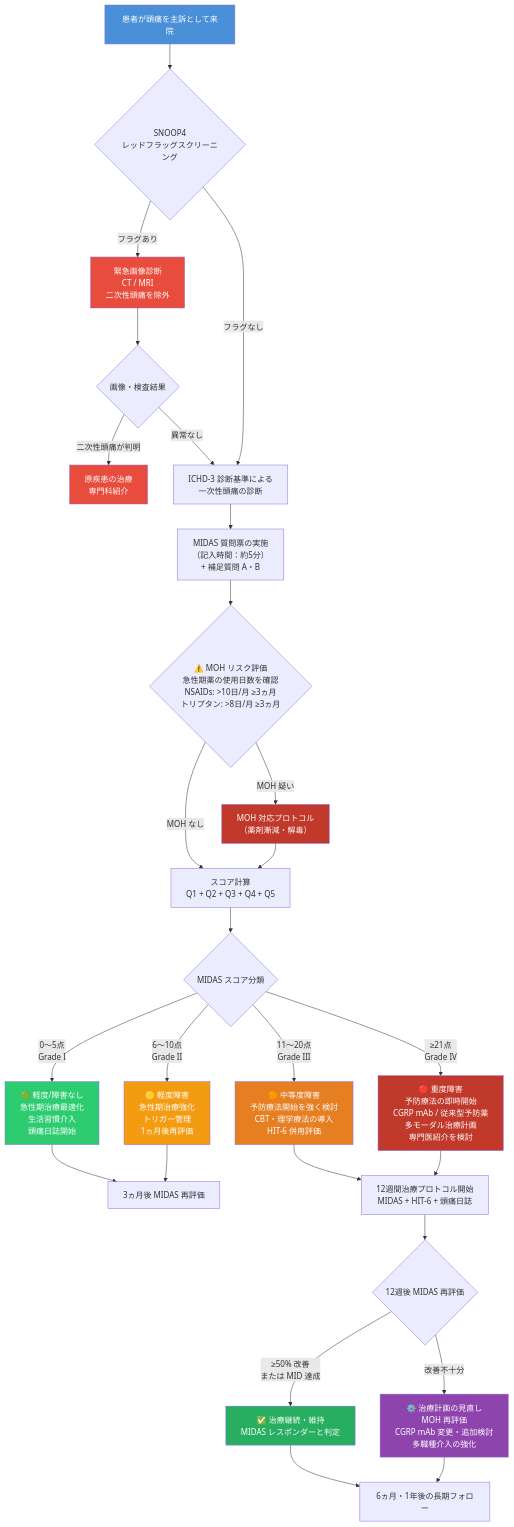
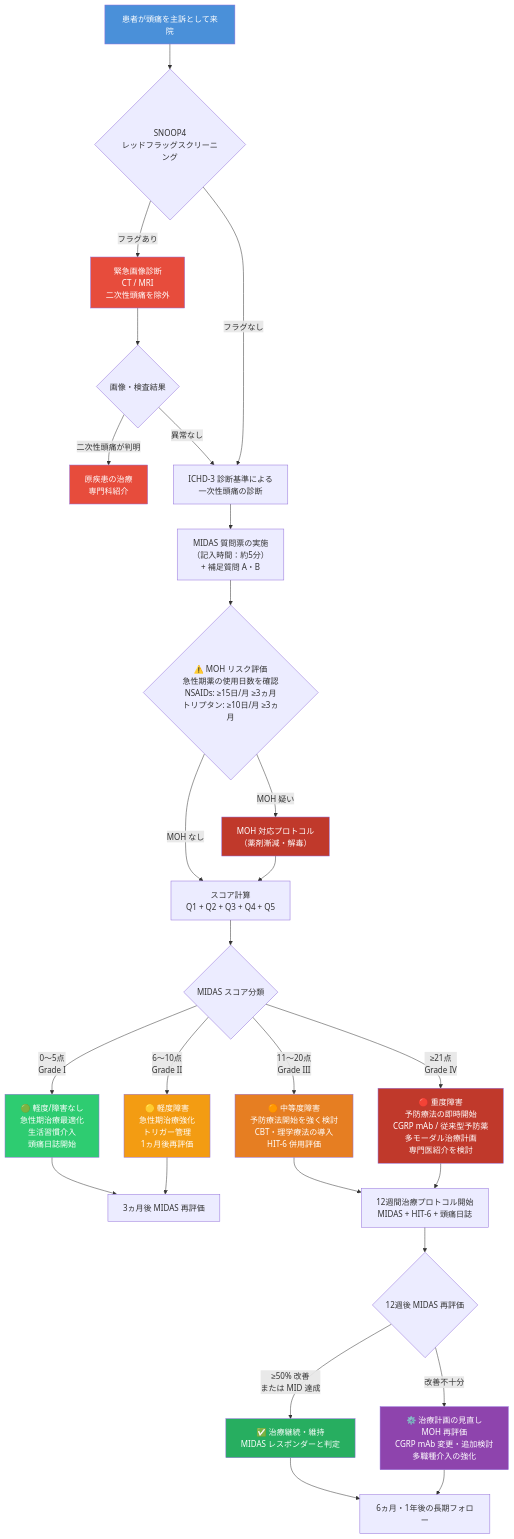
One commit to myoshi2891/Medical-Studies changed the first of 3 diagrams in Types-of-headache/md-files/Patient-Reported-Outcome-Measures/Migraine-Disability-Assessment.md. Above: the diagram before and after it, drawn with Mermaid. The commit also changed other lines of this file and 7 other files, not shown here.

````diff
--- a/Types-of-headache/md-files/Patient-Reported-Outcome-Measures/Migraine-Disability-Assessment.md
+++ b/Types-of-headache/md-files/Patient-Reported-Outcome-Measures/Migraine-Disability-Assessment.md
@@ -369,39 +369,39 @@
 ```mermaid
 flowchart TD
     A["患者が頭痛を主訴として来院"] --> B{"SNOOP4\nレッドフラッグスクリーニング"}
     B -->|"フラグあり"| C["緊急画像診断\nCT / MRI\n二次性頭痛を除外"]
     C --> D{"画像・検査結果"}
     D -->|"二次性頭痛が判明"| E["原疾患の治療\n専門科紹介"]
     D -->|"異常なし"| F
     B -->|"フラグなし"| F["ICHD-3 診断基準による\n一次性頭痛の診断"]
     F --> G["MIDAS 質問票の実施\n（記入時間：約5分）\n+ 補足質問 A・B"]
-    G --> MOH{"⚠️ MOH リスク評価\n急性期薬の使用日数を確認\nNSAIDs: >10日/月 ≥3ヵ月\nトリプタン: >8日/月 ≥3ヵ月"}
+    G --> MOH{"⚠️ MOH リスク評価\n急性期薬の使用日数を確認\nNSAIDs: ≥15日/月 ≥3ヵ月\nトリプタン: ≥10日/月 ≥3ヵ月"}
     MOH -->|"MOH 疑い"| MOH_TX["MOH 対応プロトコル\n（薬剤漸減・解毒）"]
     MOH -->|"MOH なし"| H["スコア計算\nQ1 + Q2 + Q3 + Q4 + Q5"]
     MOH_TX --> H
     H --> I{"MIDAS スコア分類"}
     I -->|"0〜5点\nGrade I"| J["🟢 軽度/障害なし\n急性期治療最適化\n生活習慣介入\n頭痛日誌開始"]
     I -->|"6〜10点\nGrade II"| K["🟡 軽度障害\n急性期治療強化\nトリガー管理\n1ヵ月後再評価"]
     I -->|"11〜20点\nGrade III"| L["🟠 中等度障害\n予防療法開始を強く検討\nCBT・理学療法の導入\nHIT-6 併用評価"]
     I -->|"≥21点\nGrade IV"| M["🔴 重度障害\n予防療法の即時開始\nCGRP mAb / 従来型予防薬\n多モーダル治療計画\n専門医紹介を検討"]
     J --> N["3ヵ月後 MIDAS 再評価"]
     K --> N
     L --> O["12週間治療プロトコル開始\nMIDAS + HIT-6 + 頭痛日誌"]
     M --> O
     O --> P{"12週後 MIDAS 再評価"}
     P -->|"≥50% 改善\nまたは MID 達成"| Q["✅ 治療継続・維持\nMIDAS レスポンダーと判定"]
     P -->|"改善不十分"| R["⚙️ 治療計画の見直し\nMOH 再評価\nCGRP mAb 変更・追加検討\n多職種介入の強化"]
     Q --> S["6ヵ月・1年後の長期フォロー"]
     R --> S
 
     style A fill:#4a90d9,color:#ffffff
     style C fill:#e74c3c,color:#ffffff
     style E fill:#e74c3c,color:#ffffff
     style MOH_TX fill:#c0392b,color:#ffffff
     style J fill:#2ecc71,color:#ffffff
     style K fill:#f39c12,color:#ffffff
     style L fill:#e67e22,color:#ffffff
     style M fill:#c0392b,color:#ffffff
     style Q fill:#27ae60,color:#ffffff
     style R fill:#8e44ad,color:#ffffff
 ```
````
